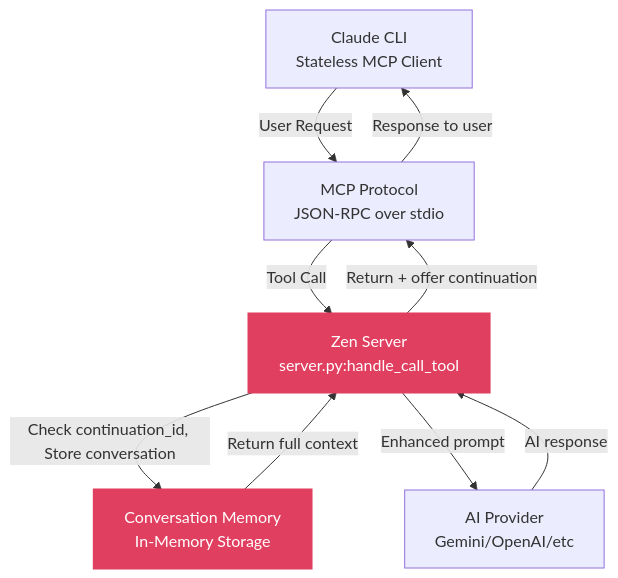
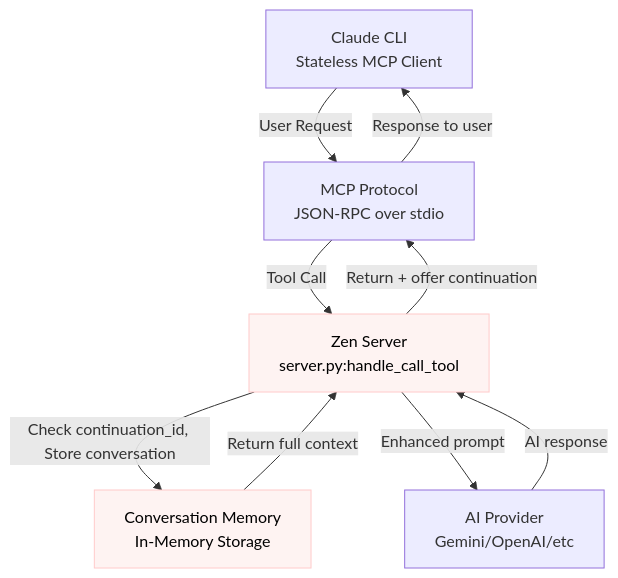
One commit to dwarvesf/research changed the first of 2 diagrams in breakdown/zen-mcp-deep-dive.md. Above: the diagram before and after it, drawn with Mermaid. The commit also changed other lines of this file, not shown here.

Commit message:
chore: update highlight and words

````diff
--- a/breakdown/zen-mcp-deep-dive.md
+++ b/breakdown/zen-mcp-deep-dive.md
@@ -149,21 +113,21 @@
 ```mermaid
 graph TD
     CLI[Claude CLI<br/>Stateless MCP Client]
     MCP[MCP Protocol<br/>JSON-RPC over stdio]
     ZS[Zen Server<br/>server.py:handle_call_tool]
     CM[Conversation Memory<br/>In-Memory Storage]
     AI[AI Provider<br/>Gemini/OpenAI/etc]
 
     CLI -->|User Request| MCP
     MCP -->|Tool Call| ZS
     ZS -->|Check continuation_id, Store conversation| CM
     CM -->|Return full context| ZS
     ZS -->|Enhanced prompt| AI
     AI -->|AI response| ZS
     ZS -->|Return + offer continuation| MCP
     MCP -->|Response to user| CLI
 
-    classDef highlight fill:#E13F5F,stroke:#E13F5F,stroke-width:3px,color:#fff
+    classDef highlight fill:#FEF3F2,stroke:#FFCACA,stroke-width:1px,color:#000
     class CM highlight
     class ZS highlight
 ```
````
